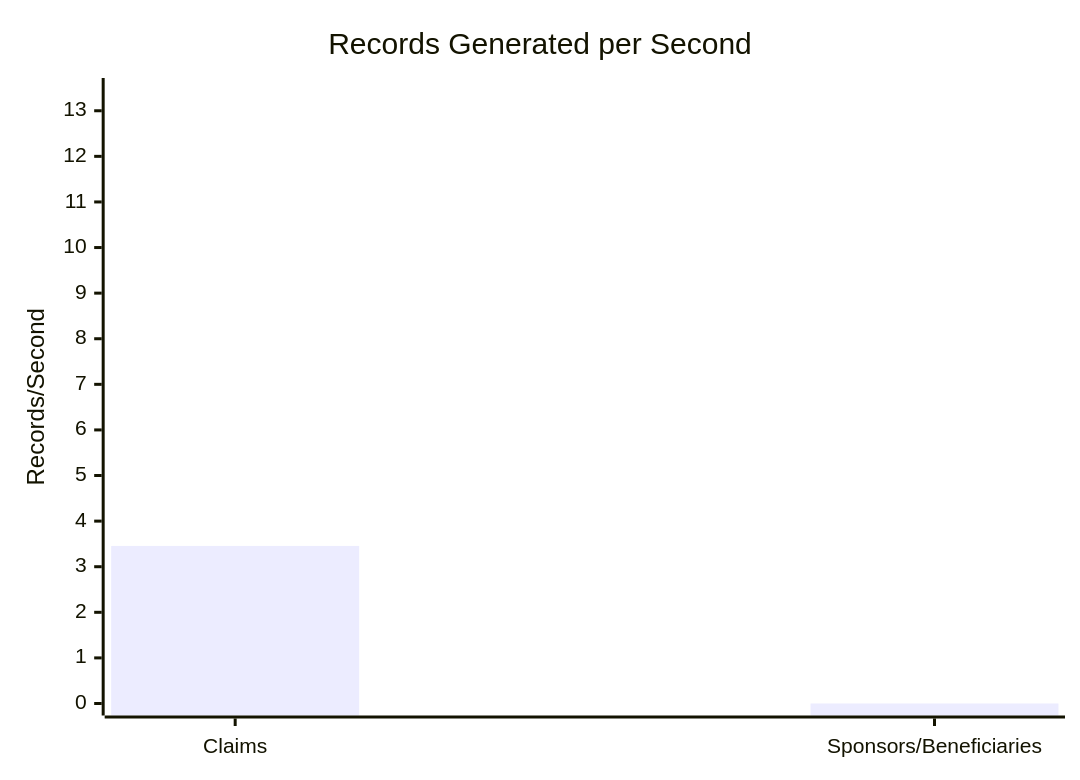
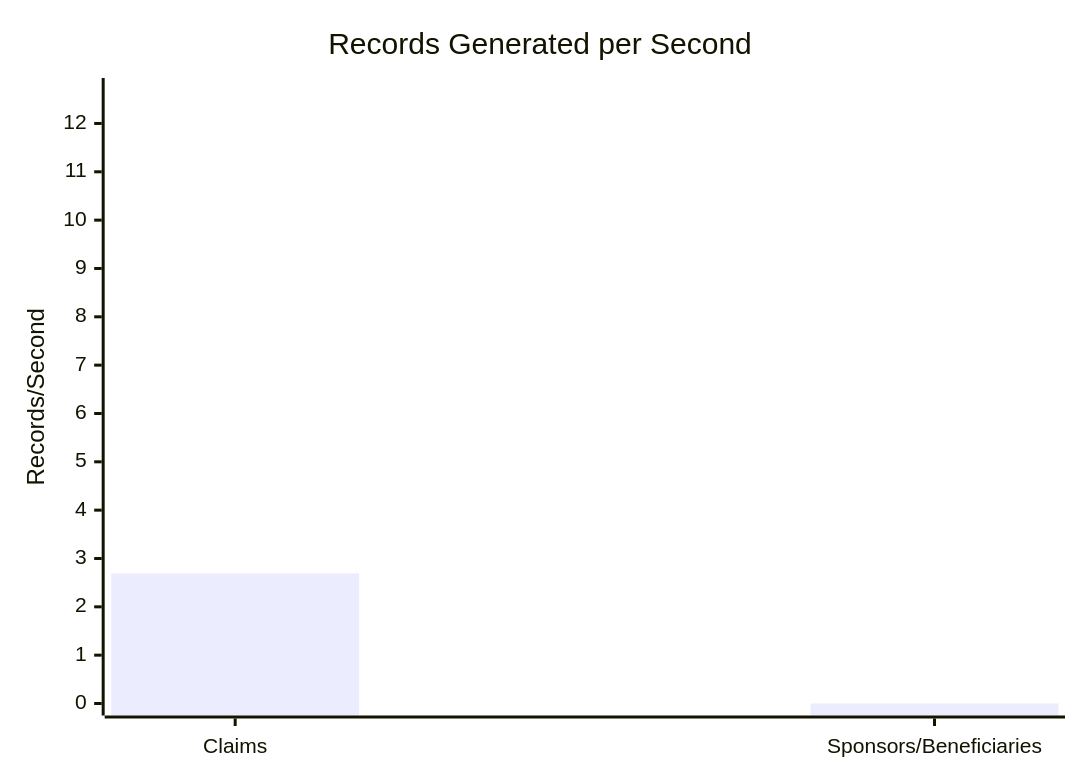
One commit to dhagan-va/intern-2025 changed the first of 11 diagrams in test-tools/DataGen/src/Statistics_Visualizer.md. Above: the diagram before and after it, drawn with Mermaid. The commit also changed other lines of this file and 3 other files, not shown here.

````diff
--- a/test-tools/DataGen/src/Statistics_Visualizer.md
+++ b/test-tools/DataGen/src/Statistics_Visualizer.md
@@ -18,7 +18,7 @@
 ```mermaid
 xychart-beta
     title "Records Generated per Second"
     x-axis ["Claims", "Sponsors/Beneficiaries"]
-    y-axis "Records/Second" 0 --> 13.455279355880643
-    bar [3.4552793558806436, 0.0]
+    y-axis "Records/Second" 0 --> 12.692253847230749
+    bar [2.692253847230748, 0.0]
 ```
````
